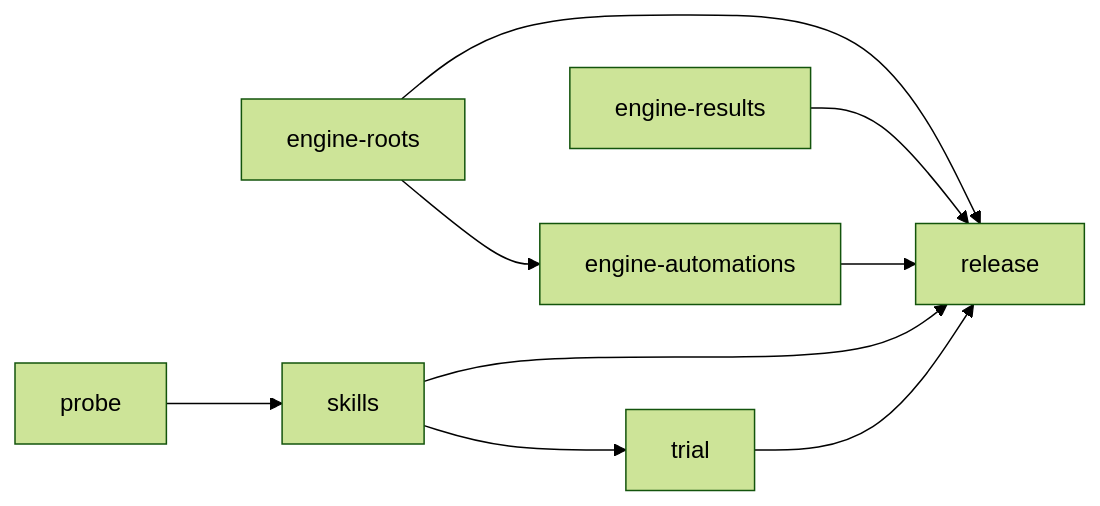
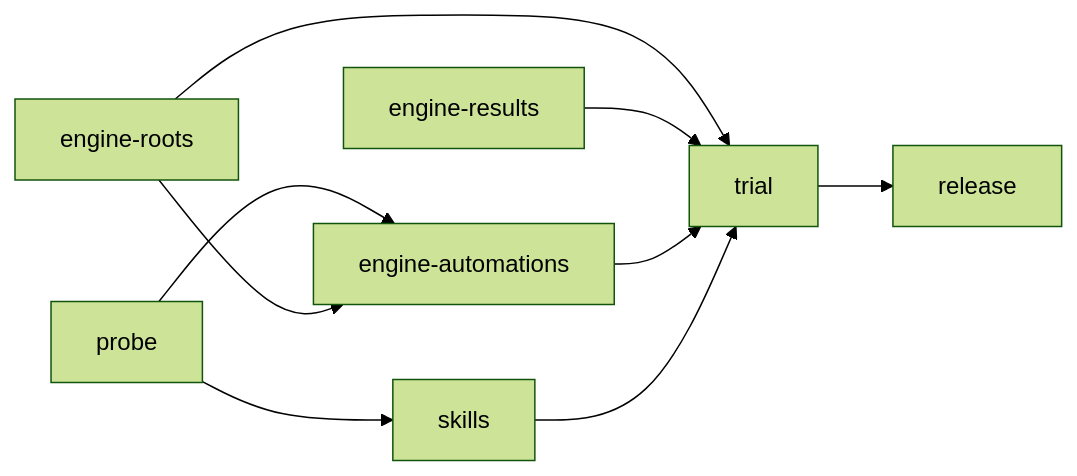
The diagram in docs/superpowers/plans/2026-10-29-wintermute-projects.md (ncksol/ai_tools), drawn with Mermaid (forest theme) before and after one commit. The commit also changed other lines of this file, not shown here.

````diff
--- a/docs/superpowers/plans/2026-10-29-wintermute-projects.md
+++ b/docs/superpowers/plans/2026-10-29-wintermute-projects.md
@@ -45,11 +47,11 @@
 ```mermaid
 graph LR
   probe --> skills
-  engineRoots[engine-roots] --> engineAutomations[engine-automations]
+  probe --> engineAutomations[engine-automations]
+  engineRoots[engine-roots] --> engineAutomations
+  engineRoots --> trial
+  engineResults[engine-results] --> trial
+  engineAutomations --> trial
   skills --> trial
-  engineRoots --> release
-  engineResults[engine-results] --> release
-  engineAutomations --> release
-  skills --> release
   trial --> release
 ```
````
